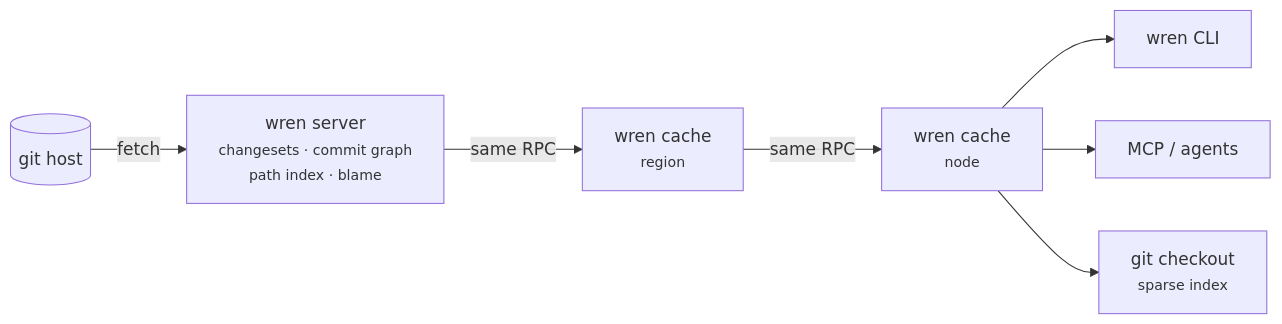
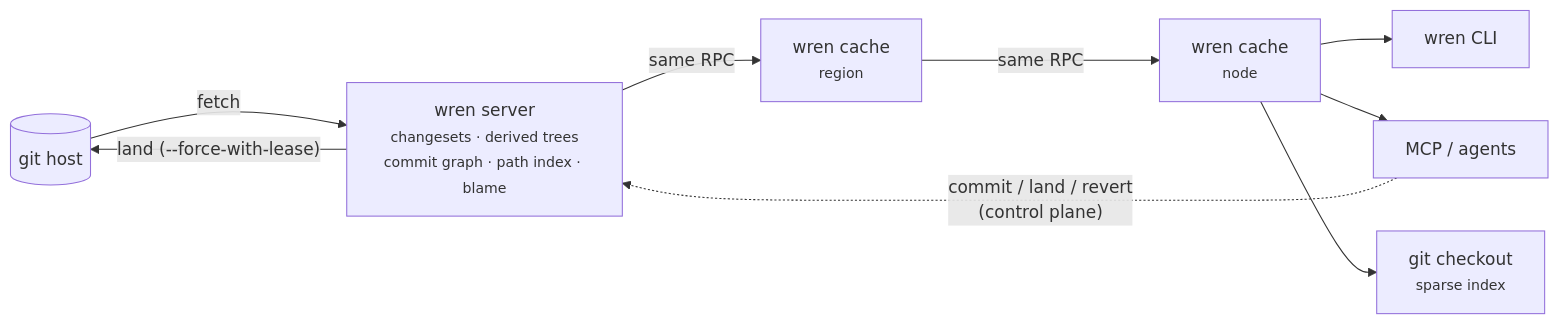
The diagram in README.md (wrencanfly/wren), drawn with Mermaid before and after one commit. The commit also changed other lines of this file and 3 other files, not shown here.

````diff
--- a/README.md
+++ b/README.md
@@ -175,9 +208,11 @@
 ```mermaid
 flowchart LR
-  host[(git host)] -- fetch --> server["wren server<br/><small>changesets · commit graph<br/>path index · blame</small>"]
+  host[(git host)] -- fetch --> server["wren server<br/><small>changesets · derived trees<br/>commit graph · path index · blame</small>"]
+  server -- "land (--force-with-lease)" --> host
+  mcp -. "commit / land / revert<br/>(control plane)" .-> server
   server -- same RPC --> region["wren cache<br/><small>region</small>"]
   region -- same RPC --> node["wren cache<br/><small>node</small>"]
   node --> cli[wren CLI]
   node --> mcp[MCP / agents]
   node --> co["git checkout<br/><small>sparse index</small>"]
 ```
````
